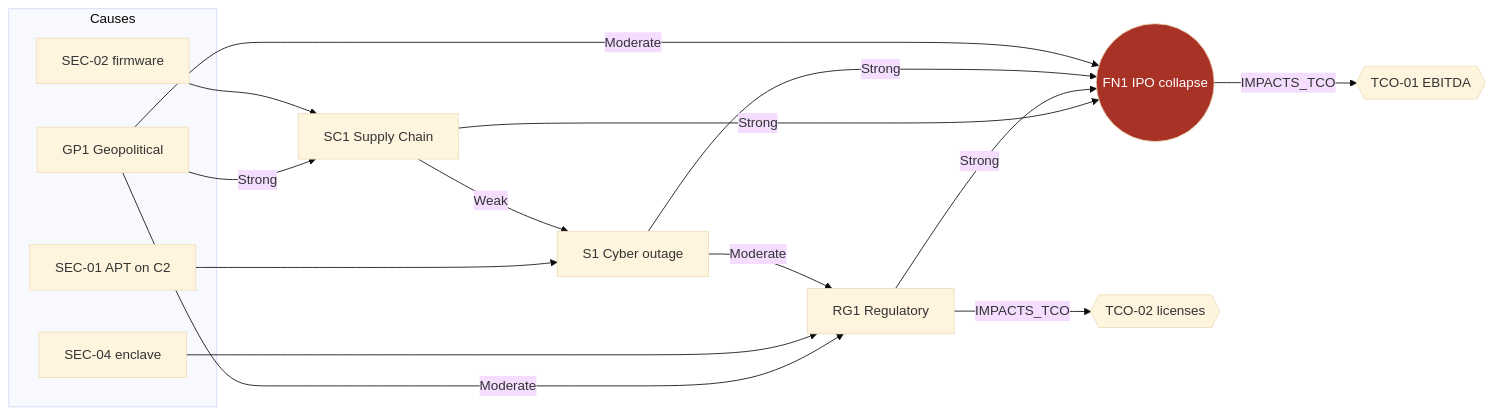
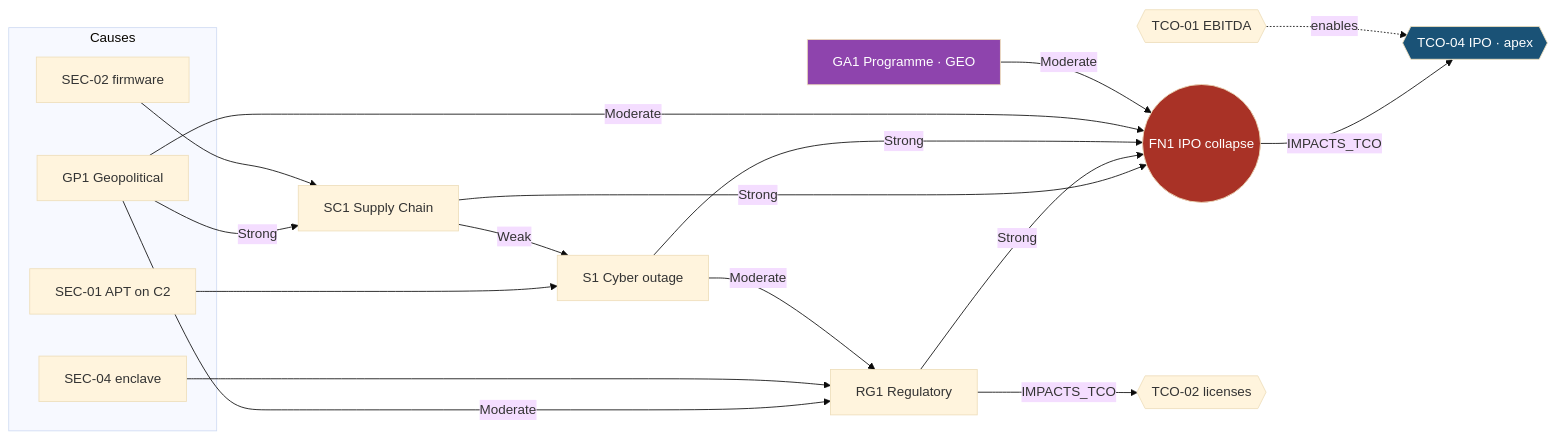
One commit to oallaire-cyber/ODT_Sourcebook changed the diagram in 06 - Player Handbook/Influence Map.md. Above: the diagram before and after it, drawn with Mermaid (base theme). The commit also changed other lines of this file and 17 other files, not shown here.

````diff
--- a/06 - Player Handbook/Influence Map.md
+++ b/06 - Player Handbook/Influence Map.md
@@ -11,24 +11,30 @@
 ```mermaid
 graph LR
   subgraph Causes
     GP1[GP1 Geopolitical]
     SEC1[SEC-01 APT on C2]
     SEC2[SEC-02 firmware]
     SEC4[SEC-04 enclave]
   end
   GP1 -->|Strong| SC1[SC1 Supply Chain]
   GP1 -->|Moderate| RG1[RG1 Regulatory]
   SEC2 --> SC1
   SEC1 --> S1[S1 Cyber outage]
   SEC4 --> RG1
   SC1 -->|Weak| S1
   S1 -->|Moderate| RG1
   SC1 -->|Strong| FN1((FN1 IPO collapse))
   RG1 -->|Strong| FN1
   S1  -->|Strong| FN1
   GP1 -->|Moderate| FN1
-  FN1 -->|IMPACTS_TCO| TCO1{{TCO-01 EBITDA}}
+  GA1[GA1 Programme · GEO] -->|Moderate| FN1
+  FN1 -->|IMPACTS_TCO| TCO4{{TCO-04 IPO · apex}}
+  TCO1{{TCO-01 EBITDA}} -.enables.-> TCO4
   RG1 -->|IMPACTS_TCO| TCO2{{TCO-02 licenses}}
   classDef sink fill:#a93226,color:#fff;
+  classDef apex fill:#1a5276,color:#fff;
+  classDef geo fill:#8e44ad,color:#fff;
   class FN1 sink;
+  class TCO4 apex;
+  class GA1 geo;
 ```
````
